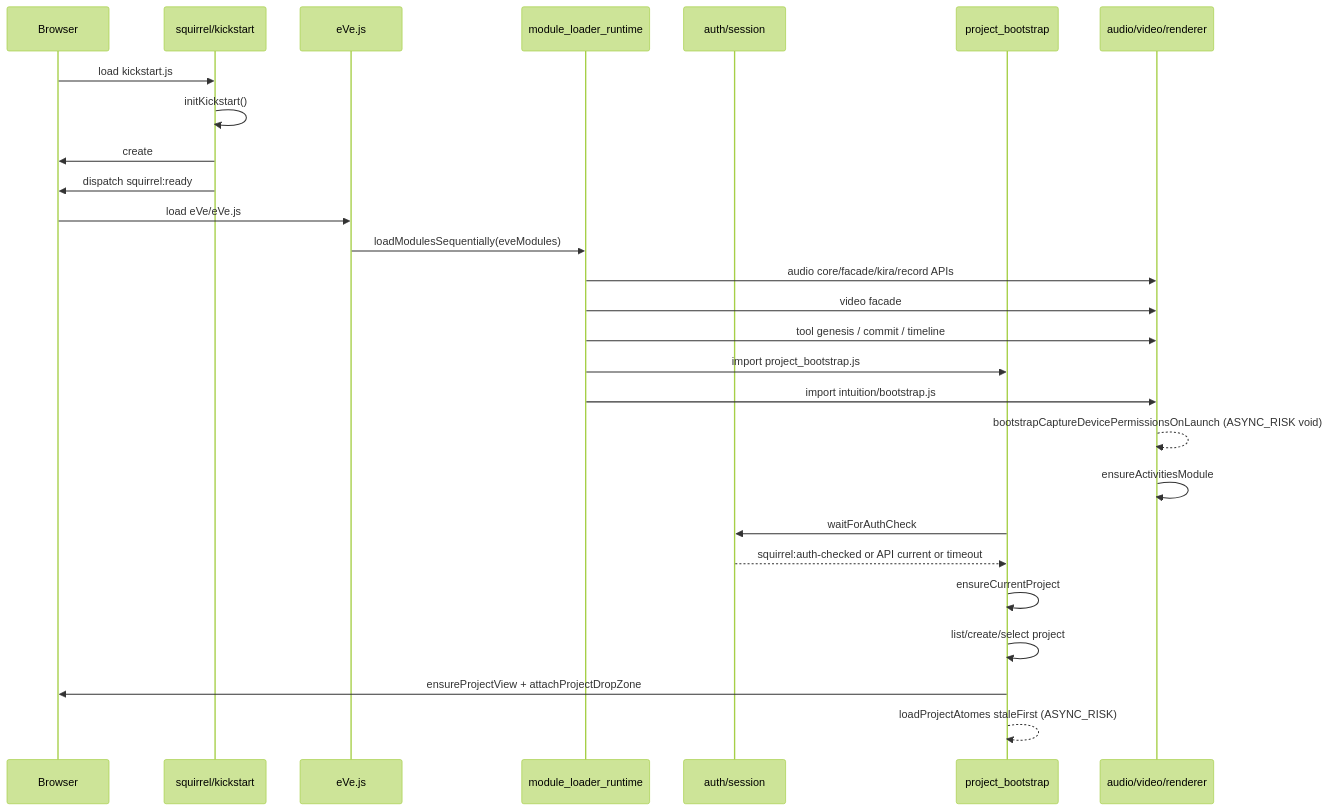
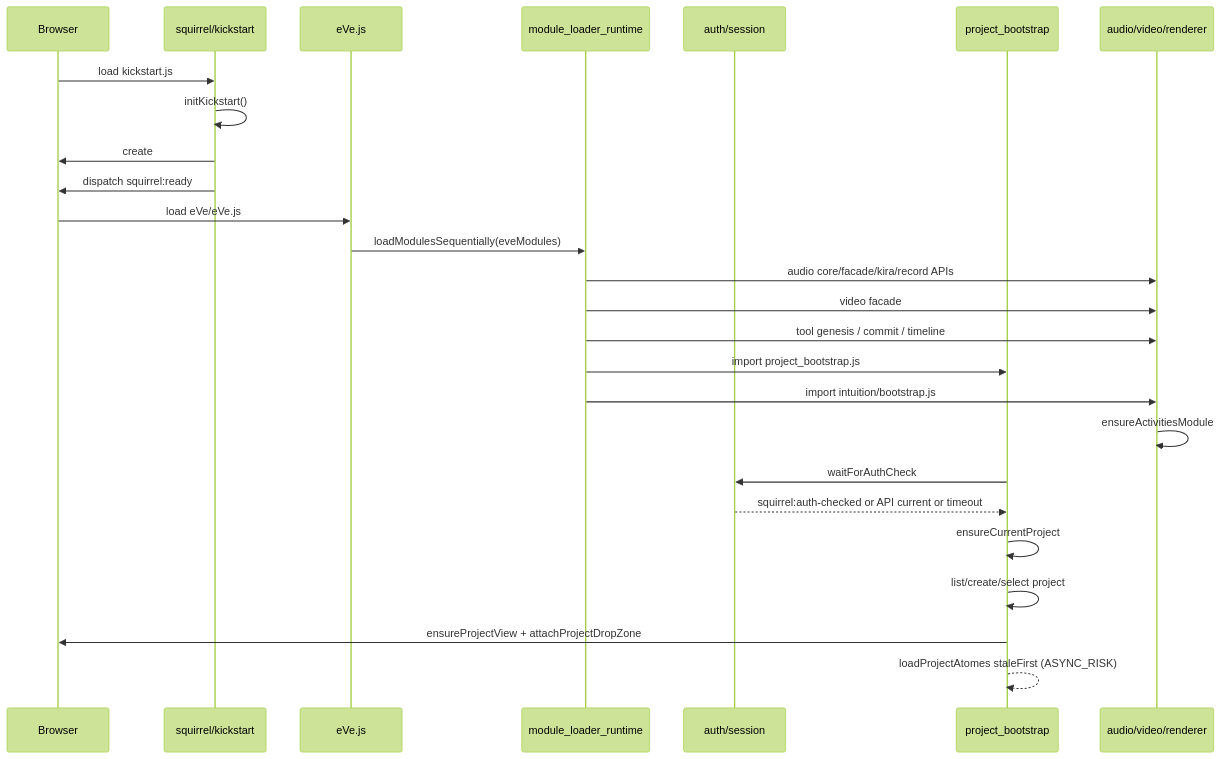
One commit to atomecorp/a changed the diagram in atome/documentations/graphs/boot/09-boot-timeline.md. Above: the diagram before and after it, drawn with Mermaid (forest theme). The commit also changed 71 other files, not shown here.

````diff
--- a/atome/documentations/graphs/boot/09-boot-timeline.md
+++ b/atome/documentations/graphs/boot/09-boot-timeline.md
@@ -3,30 +3,29 @@
 ```mermaid
 sequenceDiagram
   participant Browser
   participant Squirrel as squirrel/kickstart
   participant Eve as eVe.js
   participant Loader as module_loader_runtime
   participant Auth as auth/session
   participant Project as project_bootstrap
   participant Runtime as audio/video/renderer
 
   Browser->>Squirrel: load kickstart.js
   Squirrel->>Squirrel: initKickstart()
   Squirrel->>Browser: create #view
   Squirrel->>Browser: dispatch squirrel:ready
   Browser->>Eve: load eVe/eVe.js
   Eve->>Loader: loadModulesSequentially(eveModules)
   Loader->>Runtime: audio core/facade/kira/record APIs
   Loader->>Runtime: video facade
   Loader->>Runtime: tool genesis / commit / timeline
   Loader->>Project: import project_bootstrap.js
   Loader->>Runtime: import intuition/bootstrap.js
-  Runtime-->>Runtime: bootstrapCaptureDevicePermissionsOnLaunch (ASYNC_RISK void)
   Runtime->>Runtime: ensureActivitiesModule
   Project->>Auth: waitForAuthCheck
   Auth-->>Project: squirrel:auth-checked or API current or timeout
   Project->>Project: ensureCurrentProject
   Project->>Project: list/create/select project
   Project->>Browser: ensureProjectView + attachProjectDropZone
   Project-->>Project: loadProjectAtomes staleFirst (ASYNC_RISK)
 ```
````
